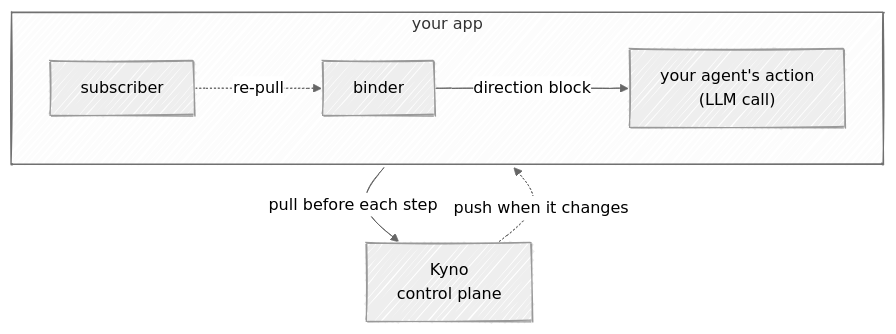
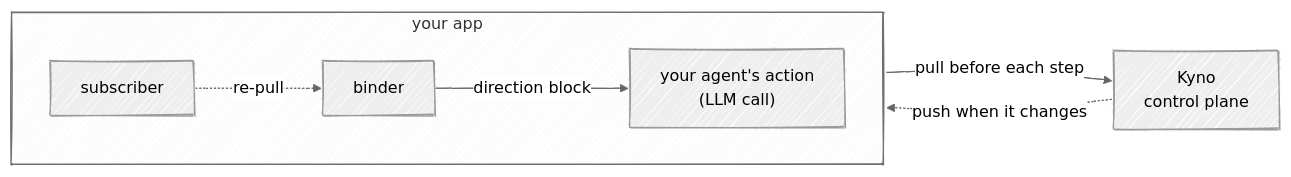
Before and after one commit to cizambra/kyno: the first of 2 diagrams in docs/adapters.md, drawn with Mermaid. The commit also changed other lines of this file, not shown here.

````diff
--- a/docs/adapters.md
+++ b/docs/adapters.md
@@ -43,18 +43,18 @@
 ```mermaid
 ---
 config:
   look: handDrawn
   theme: neutral
   flowchart:
     useMaxWidth: false
 ---
-flowchart TB
+flowchart LR
   KY["Kyno<br/>control plane"]
   subgraph APP["your app"]
     direction LR
     SUB["subscriber"] -. "re-pull" .-> BN["binder"]
     BN -- "direction block" --> ACT["your agent's action<br/>(LLM call)"]
   end
+  KY -. "push when it changes" .-> APP
   APP -- "pull before each step" --> KY
-  KY -. "push when it changes" .-> APP
 ```
````
